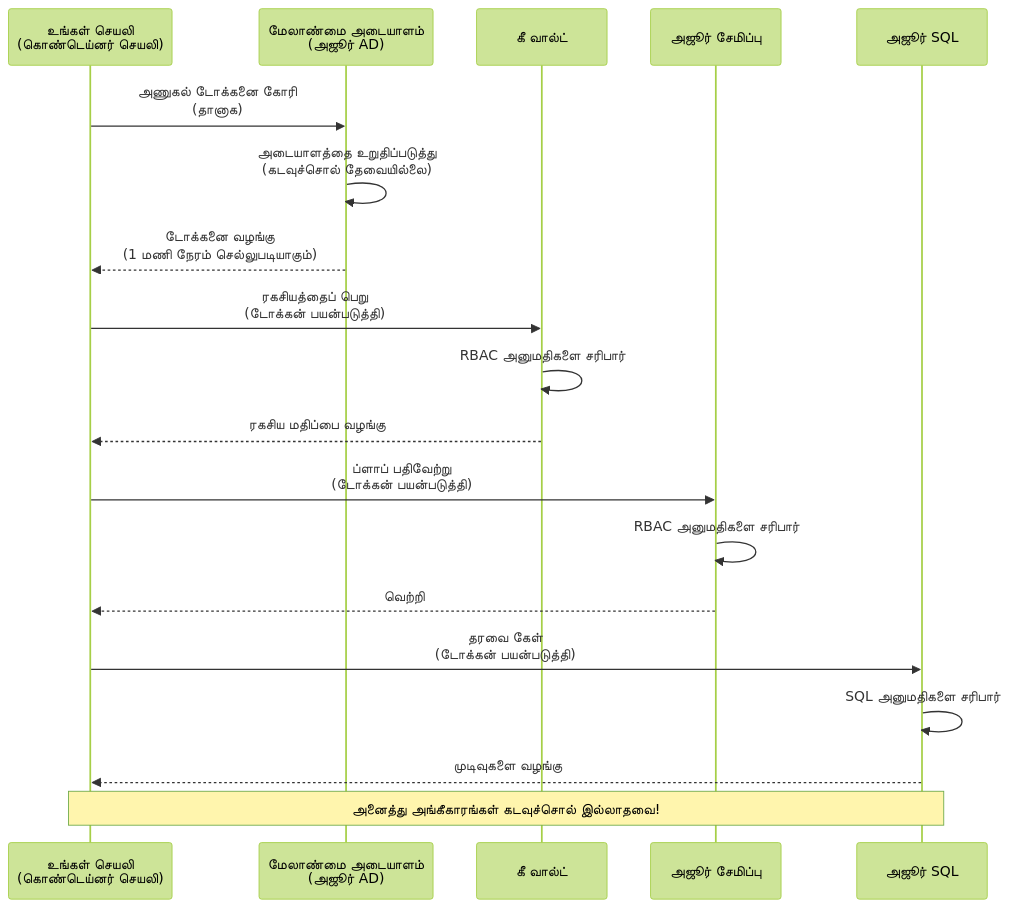
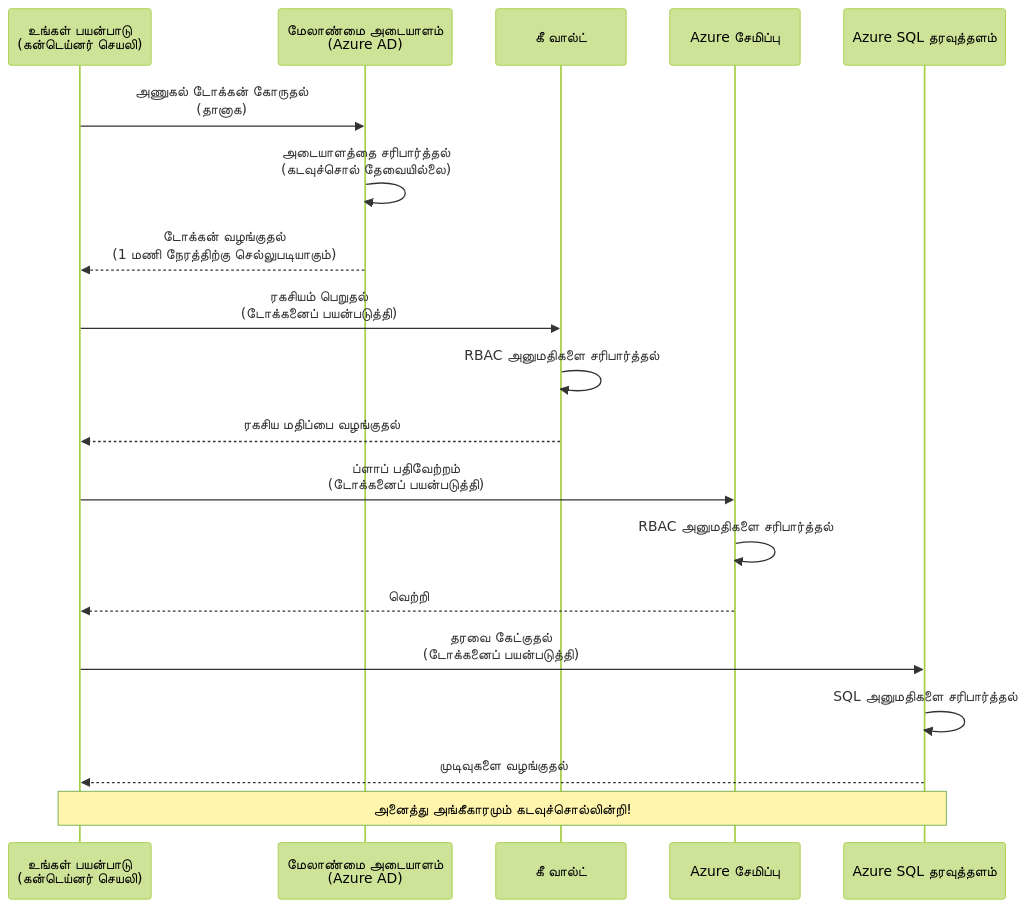
The first of 2 diagrams in translations/ta/docs/chapter-03-configuration/authsecurity.md (microsoft/AZD-for-beginners), drawn with Mermaid (forest theme) before and after one commit. The commit also changed other lines of this file and 101 other files, not shown here.

````diff
--- a/translations/ta/docs/chapter-03-configuration/authsecurity.md
+++ b/translations/ta/docs/chapter-03-configuration/authsecurity.md
@@ -69,26 +69,26 @@
 ```mermaid
 sequenceDiagram
-    participant App as உங்கள் செயலி<br/>(கொண்டெய்னர் செயலி)
-    participant MI as மேலாண்மை அடையாளம்<br/>(அஜூர் AD)
+    participant App as உங்கள் பயன்பாடு<br/>(கன்டெய்னர் செயலி)
+    participant MI as மேலாண்மை அடையாளம்<br/>(Azure AD)
     participant KV as கீ வால்ட்
-    participant Storage as அஜூர் சேமிப்பு
-    participant DB as அஜூர் SQL
+    participant Storage as Azure சேமிப்பு
+    participant DB as Azure SQL தரவுத்தளம்
     
-    App->>MI: அணுகல் டோக்கனை கோரி<br/>(தானாக)
-    MI->>MI: அடையாளத்தை உறுதிப்படுத்து<br/>(கடவுச்சொல் தேவையில்லை)
-    MI-->>App: டோக்கனை வழங்கு<br/>(1 மணி நேரம் செல்லுபடியாகும்)
+    App->>MI: அணுகல் டோக்கன் கோருதல்<br/>(தானாக)
+    MI->>MI: அடையாளத்தை சரிபார்த்தல்<br/>(கடவுச்சொல் தேவையில்லை)
+    MI-->>App: டோக்கன் வழங்குதல்<br/>(1 மணி நேரத்திற்கு செல்லுபடியாகும்)
     
-    App->>KV: ரகசியத்தைப் பெறு<br/>(டோக்கன் பயன்படுத்தி)
-    KV->>KV: RBAC அனுமதிகளை சரிபார்
-    KV-->>App: ரகசிய மதிப்பை வழங்கு
+    App->>KV: ரகசியம் பெறுதல்<br/>(டோக்கனைப் பயன்படுத்தி)
+    KV->>KV: RBAC அனுமதிகளை சரிபார்த்தல்
+    KV-->>App: ரகசிய மதிப்பை வழங்குதல்
     
-    App->>Storage: ப்ளாப் பதிவேற்று<br/>(டோக்கன் பயன்படுத்தி)
-    Storage->>Storage: RBAC அனுமதிகளை சரிபார்
+    App->>Storage: ப்ளாப் பதிவேற்றம்<br/>(டோக்கனைப் பயன்படுத்தி)
+    Storage->>Storage: RBAC அனுமதிகளை சரிபார்த்தல்
     Storage-->>App: வெற்றி
     
-    App->>DB: தரவை கேள்<br/>(டோக்கன் பயன்படுத்தி)
-    DB->>DB: SQL அனுமதிகளை சரிபார்
-    DB-->>App: முடிவுகளை வழங்கு
+    App->>DB: தரவை கேட்குதல்<br/>(டோக்கனைப் பயன்படுத்தி)
+    DB->>DB: SQL அனுமதிகளை சரிபார்த்தல்
+    DB-->>App: முடிவுகளை வழங்குதல்
     
-    Note over App,DB: அனைத்து அங்கீகாரங்கள் கடவுச்சொல் இல்லாதவை!
+    Note over App,DB: அனைத்து அங்கீகாரமும் கடவுச்சொல்லின்றி!
 ```
````
